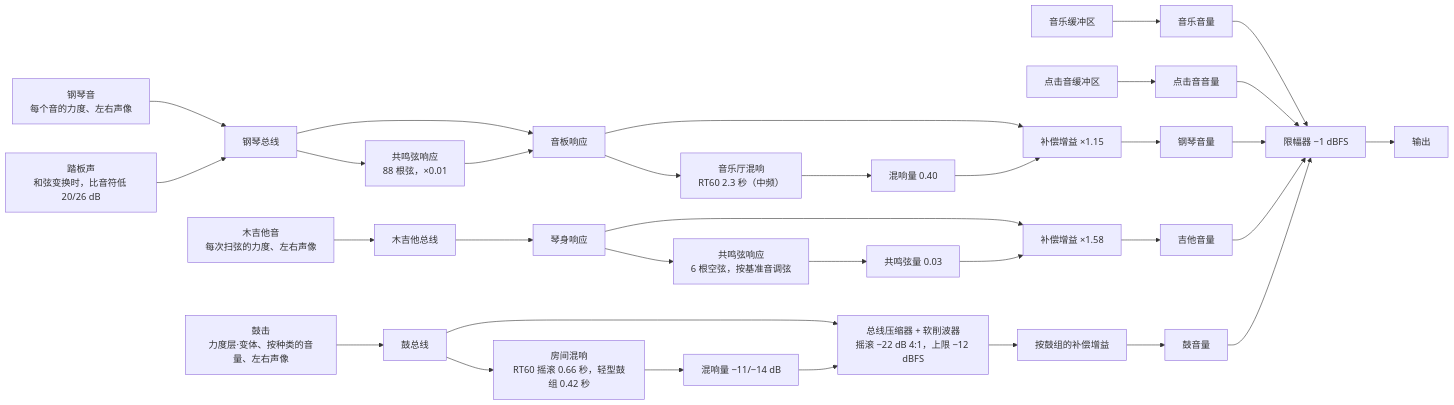
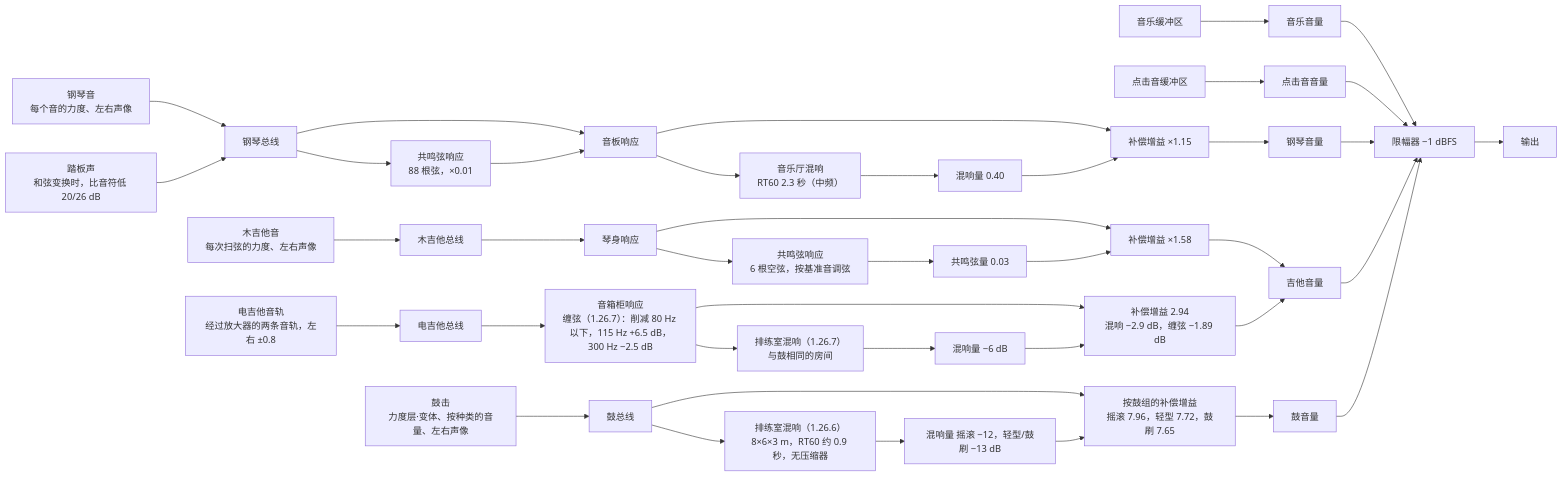
Before and after one commit to Velvitty/Chordity: the third of 3 diagrams in README.zh.md, drawn with Mermaid. The commit also changed other lines of this file and 6 other files, not shown here.

````diff
--- a/README.zh.md
+++ b/README.zh.md
@@ -1437,25 +1437,29 @@
 ```mermaid
 flowchart LR
   M["音乐缓冲区"] --> GM["音乐音量"]
   C["点击音缓冲区"] --> GC["点击音音量"]
   P["钢琴音<br/>每个音的力度、左右声像"] --> PB["钢琴总线"] --> SB["音板响应"]
   PN["踏板声<br/>和弦变换时，比音符低 20/26 dB"] --> PB
   PB --> RS["共鸣弦响应<br/>88 根弦，×0.01"] --> SB
   SB --> MP["补偿增益 ×1.15"]
   SB --> RP["音乐厅混响<br/>RT60 2.3 秒（中频）"] --> WP["混响量 0.40"] --> MP
   G["木吉他音<br/>每次扫弦的力度、左右声像"] --> GB["木吉他总线"] --> BD["琴身响应"]
   BD --> MG["补偿增益 ×1.58"]
   BD --> RG["共鸣弦响应<br/>6 根空弦，按基准音调弦"] --> WG["共鸣弦量 0.03"] --> MG
+  E["电吉他音轨<br/>经过放大器的两条音轨，左右 ±0.8"] --> EB["电吉他总线"] --> CB["音箱柜响应<br/>缠弦（1.26.7）：削减 80 Hz 以下，115 Hz +6.5 dB，300 Hz −2.5 dB"]
+  CB --> ME["补偿增益 2.94<br/>混响 −2.9 dB，缠弦 −1.89 dB"]
+  CB --> RE["排练室混响（1.26.7）<br/>与鼓相同的房间"] --> WE["混响量 −6 dB"] --> ME
   D["鼓击<br/>力度层·变体、按种类的音量、左右声像"] --> DB["鼓总线"]
-  DB --> CD["总线压缩器 + 软削波器<br/>摇滚 −22 dB 4:1，上限 −12 dBFS"] --> MD["按鼓组的补偿增益"]
-  DB --> RD["房间混响<br/>RT60 摇滚 0.66 秒，轻型鼓组 0.42 秒"] --> WD["混响量 −11/−14 dB"] --> CD
+  DB --> MD["按鼓组的补偿增益<br/>摇滚 7.96，轻型 7.72，鼓刷 7.65"]
+  DB --> RD["排练室混响（1.26.6）<br/>8×6×3 m，RT60 约 0.9 秒，无压缩器"] --> WD["混响量 摇滚 −12，轻型/鼓刷 −13 dB"] --> MD
   MP --> GP["钢琴音量"]
   MG --> GG["吉他音量"]
+  ME --> GG
   MD --> GD["鼓音量"]
   GM --> L["限幅器 −1 dBFS"]
   GC --> L
   GP --> L
   GG --> L
   GD --> L
   L --> O["输出"]
 ```
````
